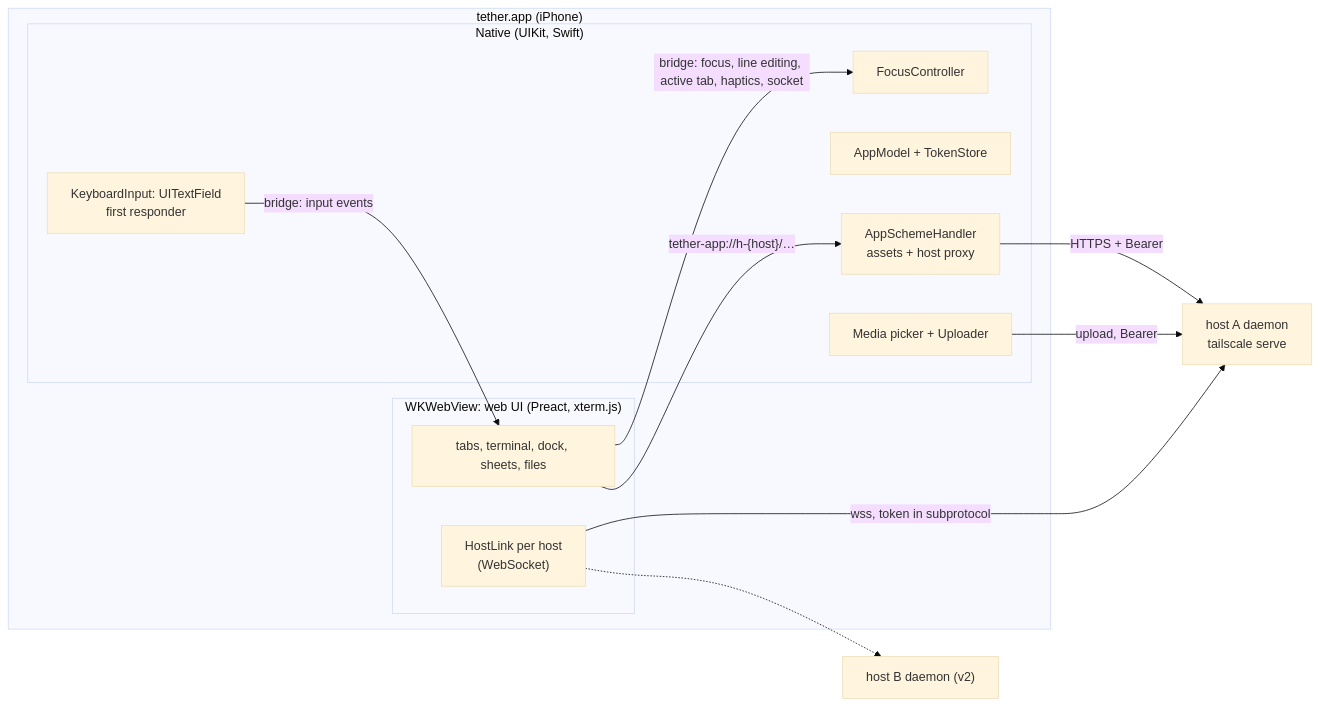
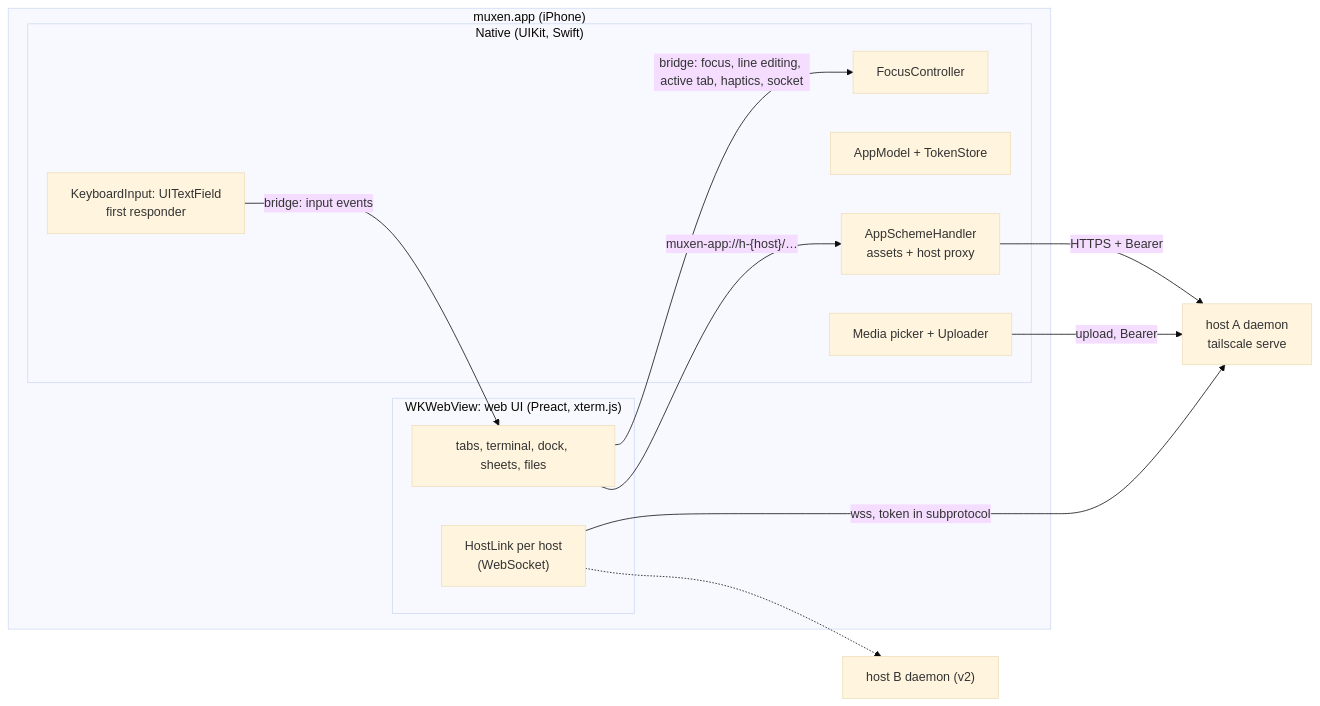
One commit to haowjy/muxen changed the diagram in docs/design/ios-shell.md. Above: the diagram before and after it, drawn with Mermaid (base theme). The commit also changed other lines of this file and 353 other files, not shown here.

First line of the commit message:
Rename tether to muxen

````diff
--- a/docs/design/ios-shell.md
+++ b/docs/design/ios-shell.md
@@ -23,25 +23,25 @@
 ```mermaid
 flowchart LR
-  subgraph app["tether.app (iPhone)"]
+  subgraph app["muxen.app (iPhone)"]
     subgraph native["Native (UIKit, Swift)"]
       input["KeyboardInput: UITextField<br/>first responder"]
       focus["FocusController"]
       auth["AppModel + TokenStore"]
       scheme["AppSchemeHandler<br/>assets + host proxy"]
       media["Media picker + Uploader"]
     end
     subgraph web["WKWebView: web UI (Preact, xterm.js)"]
       ui["tabs, terminal, dock, sheets, files"]
       link["HostLink per host<br/>(WebSocket)"]
     end
   end
   h1["host A daemon<br/>tailscale serve"]
   h2["host B daemon (v2)"]
   input -- "bridge: input events" --> ui
   ui -- "bridge: focus, line editing, active tab, haptics, socket" --> focus
-  ui -- "tether-app://h-{host}/…" --> scheme
+  ui -- "muxen-app://h-{host}/…" --> scheme
   scheme -- "HTTPS + Bearer" --> h1
   media -- "upload, Bearer" --> h1
   link -- "wss, token in subprotocol" --> h1
   link -.-> h2
 ```
````
